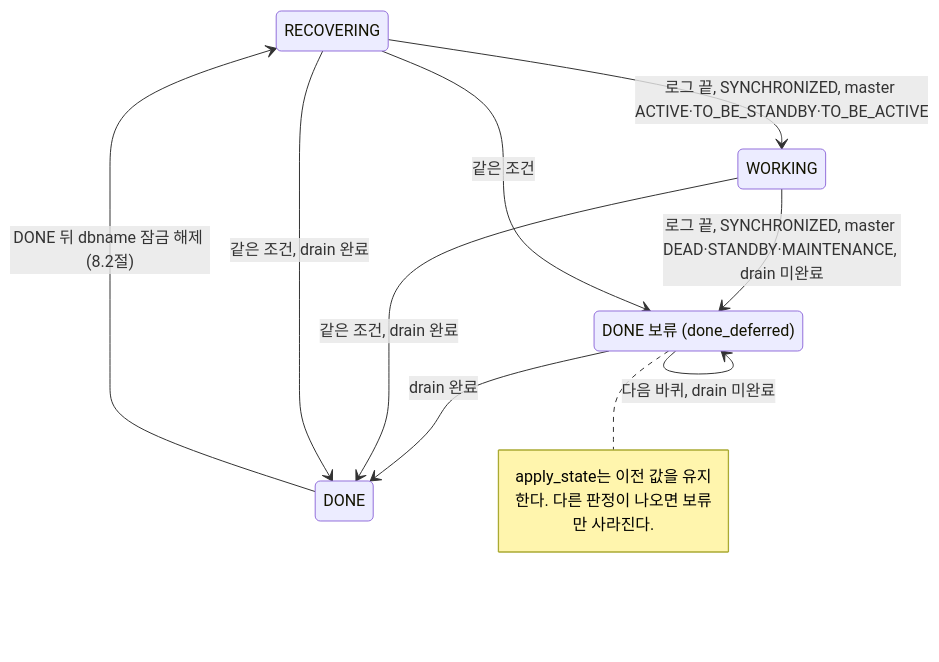
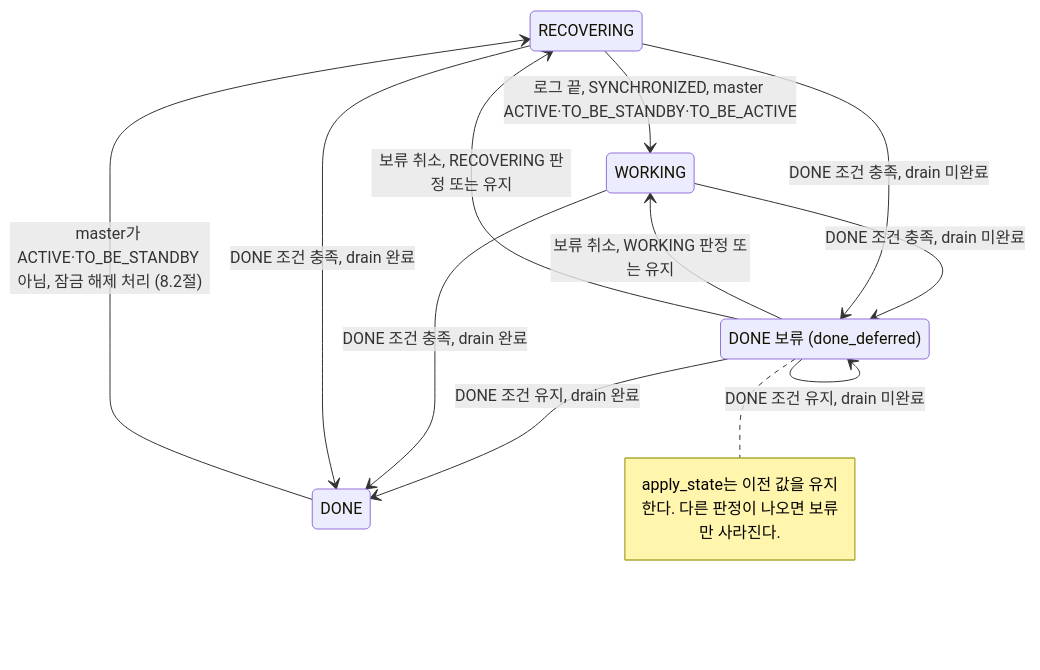
One commit to youngjun9072/Workspace changed the eighth of 8 diagrams in writeset-design/_impl/02-slave-implementation-design.md. Above: the diagram before and after it, drawn with Mermaid. The commit also changed other lines of this file and 61 other files, not shown here.

````diff
--- a/writeset-design/_impl/02-slave-implementation-design.md
+++ b/writeset-design/_impl/02-slave-implementation-design.md
@@ -2346,13 +2524,15 @@
 ```mermaid
 stateDiagram-v2
   RECOVERING --> WORKING: 로그 끝, SYNCHRONIZED, master ACTIVE·TO_BE_STANDBY·TO_BE_ACTIVE
-  WORKING --> hold: 로그 끝, SYNCHRONIZED, master DEAD·STANDBY·MAINTENANCE, drain 미완료
-  RECOVERING --> hold: 같은 조건
-  hold --> hold: 다음 바퀴, drain 미완료
-  hold --> DONE: drain 완료
-  WORKING --> DONE: 같은 조건, drain 완료
-  RECOVERING --> DONE: 같은 조건, drain 완료
-  DONE --> RECOVERING: DONE 뒤 dbname 잠금 해제 (8.2절)
+  WORKING --> hold: DONE 조건 충족, drain 미완료
+  RECOVERING --> hold: DONE 조건 충족, drain 미완료
+  hold --> hold: DONE 조건 유지, drain 미완료
+  hold --> DONE: DONE 조건 유지, drain 완료
+  hold --> WORKING: 보류 취소, WORKING 판정 또는 유지
+  hold --> RECOVERING: 보류 취소, RECOVERING 판정 또는 유지
+  WORKING --> DONE: DONE 조건 충족, drain 완료
+  RECOVERING --> DONE: DONE 조건 충족, drain 완료
+  DONE --> RECOVERING: master가 ACTIVE·TO_BE_STANDBY 아님, 잠금 해제 처리 (8.2절)
   state "DONE 보류 (done_deferred)" as hold
   note right of hold: apply_state는 이전 값을 유지한다. 다른 판정이 나오면 보류만 사라진다.
 ```
````
